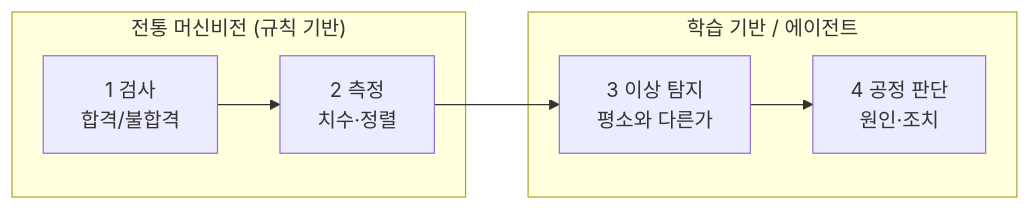
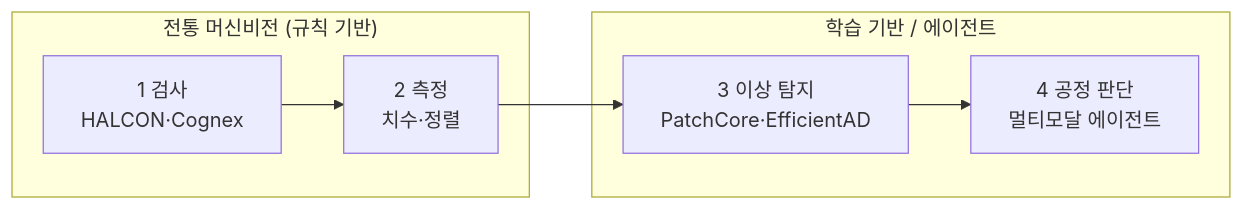
The diagram in _posts/2026-06-19-ax-01-manufacturing-vision-agent.md (millim1983/millim1983.github.io), drawn with Mermaid before and after one commit. The commit also changed other lines of this file and 3 other files, not shown here.

First line of the commit message:
Deepen NPU (Korean NPUs + CPU/GPU/NPU architecture) and manufacturing vision posts

````diff
--- a/_posts/2026-06-19-ax-01-manufacturing-vision-agent.md
+++ b/_posts/2026-06-19-ax-01-manufacturing-vision-agent.md
@@ -34,10 +34,10 @@
 ```mermaid
 flowchart LR
   subgraph A["전통 머신비전 (규칙 기반)"]
-    S1["1 검사<br/>합격/불합격"] --> S2["2 측정<br/>치수·정렬"]
+    S1["1 검사<br/>HALCON·Cognex"] --> S2["2 측정<br/>치수·정렬"]
   end
   subgraph B["학습 기반 / 에이전트"]
-    S3["3 이상 탐지<br/>평소와 다른가"] --> S4["4 공정 판단<br/>원인·조치"]
+    S3["3 이상 탐지<br/>PatchCore·EfficientAD"] --> S4["4 공정 판단<br/>멀티모달 에이전트"]
   end
   S2 --> S3
 ```
````
